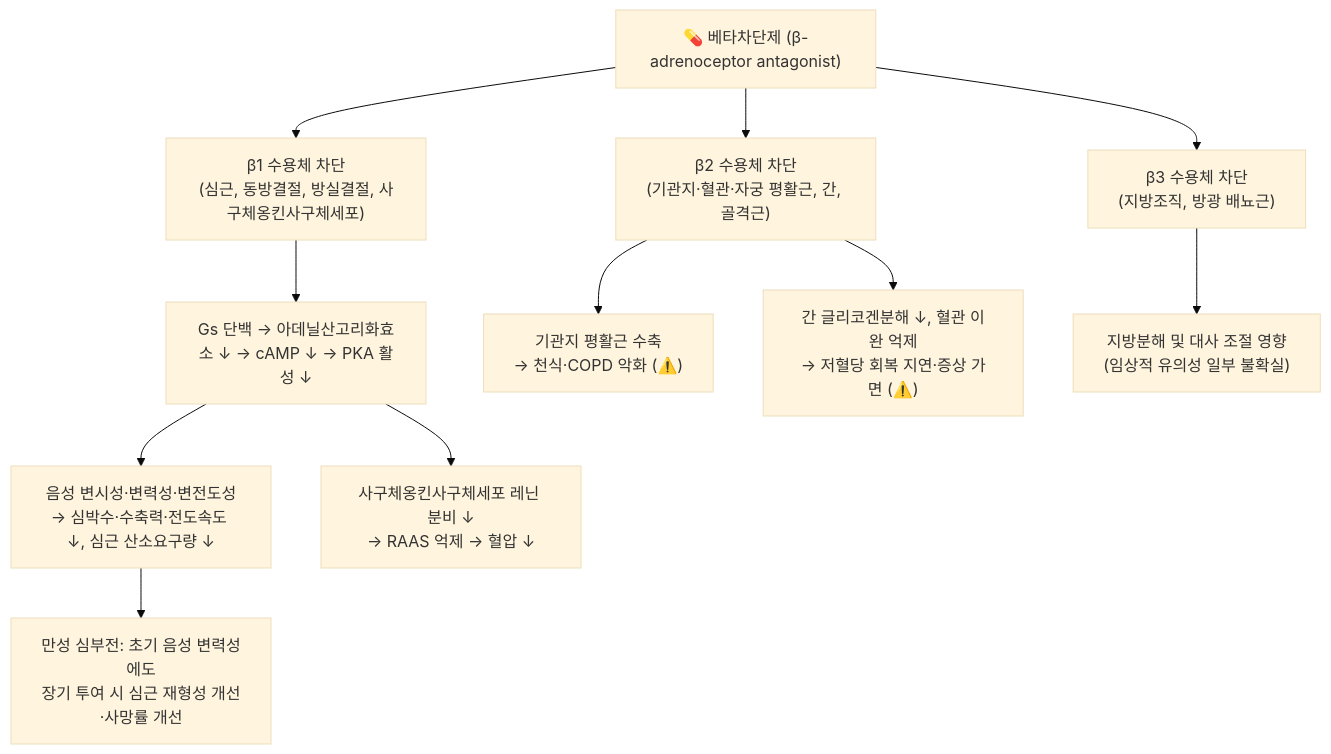
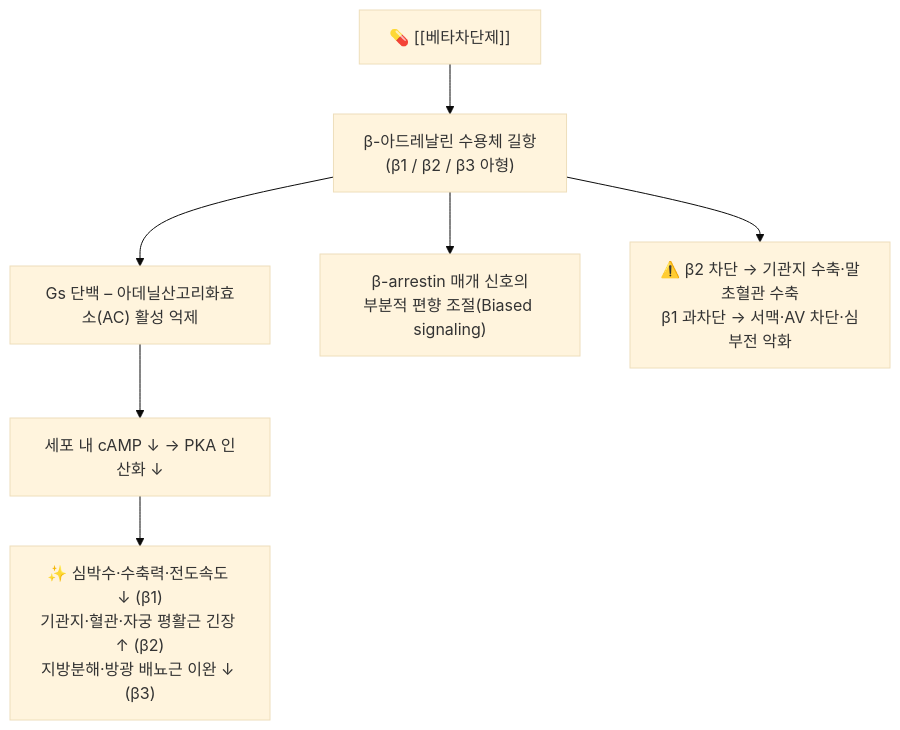
Before and after one commit to simbio11/simbio-digital-garden2: the diagram in content/2. 약리 공부/의약품/03_심혈관·대사계/베타차단제.md, drawn with Mermaid (base theme). The commit also changed other lines of this file and 441 other files, not shown here.

````diff
--- a/content/2. 약리 공부/의약품/03_심혈관·대사계/베타차단제.md
+++ b/content/2. 약리 공부/의약품/03_심혈관·대사계/베타차단제.md
@@ -70,13 +65,9 @@
 ```mermaid
 graph TD
-    Drug["💊 베타차단제 (β-adrenoceptor antagonist)"] --> B1["β1 수용체 차단<br/>(심근, 동방결절, 방실결절, 사구체옹킨사구체세포)"]
-    Drug --> B2["β2 수용체 차단<br/>(기관지·혈관·자궁 평활근, 간, 골격근)"]
-    Drug --> B3["β3 수용체 차단<br/>(지방조직, 방광 배뇨근)"]
-    B1 --> GsBlock["Gs 단백 → 아데닐산고리화효소 ↓ → cAMP ↓ → PKA 활성 ↓"]
-    GsBlock --> Heart["음성 변시성·변력성·변전도성<br/>→ 심박수·수축력·전도속도 ↓, 심근 산소요구량 ↓"]
-    GsBlock --> Renin["사구체옹킨사구체세포 레닌 분비 ↓<br/>→ RAAS 억제 → 혈압 ↓"]
-    Heart --> HF["만성 심부전: 초기 음성 변력성에도<br/>장기 투여 시 심근 재형성 개선·사망률 개선"]
-    B2 --> Bronch["기관지 평활근 수축<br/>→ 천식·COPD 악화 (⚠️)"]
-    B2 --> Glucose["간 글리코겐분해 ↓, 혈관 이완 억제<br/>→ 저혈당 회복 지연·증상 가면 (⚠️)"]
-    B3 --> Adipo["지방분해 및 대사 조절 영향<br/>(임상적 유의성 일부 불확실)"]
+    Drug["💊 [[베타차단제]]"] --> TargetBinding["β-아드레날린 수용체 길항<br/>(β1 / β2 / β3 아형)"]
+    TargetBinding --> GsBlock["Gs 단백 – 아데닐산고리화효소(AC) 활성 억제"]
+    GsBlock --> cAMPdown["세포 내 cAMP ↓ → PKA 인산화 ↓"]
+    cAMPdown --> ClinicalEffect["✨ 심박수·수축력·전도속도 ↓ (β1)<br/>기관지·혈관·자궁 평활근 긴장 ↑ (β2)<br/>지방분해·방광 배뇨근 이완 ↓ (β3)"]
+    TargetBinding --> Arrestin["β-arrestin 매개 신호의<br/>부분적 편향 조절(Biased signaling)"]
+    TargetBinding --> AdversePathway["⚠️ β2 차단 → 기관지 수축·말초혈관 수축<br/>β1 과차단 → 서맥·AV 차단·심부전 악화"]
 ```
````
